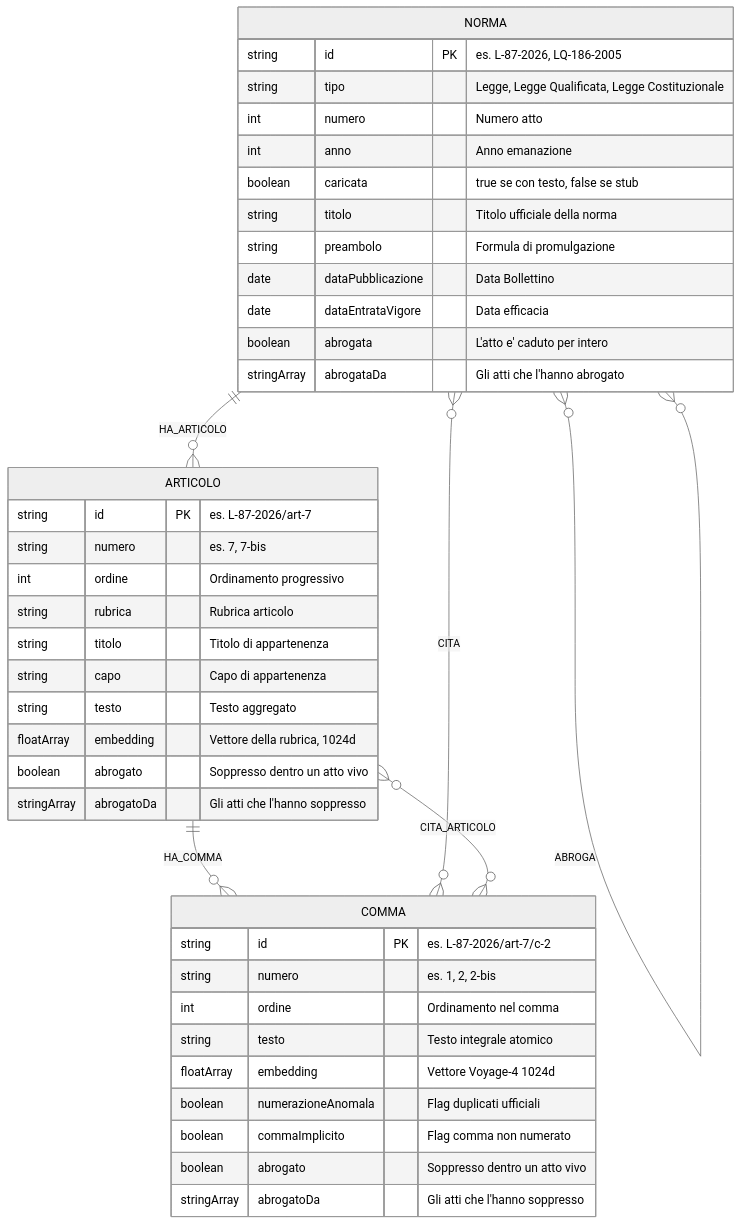
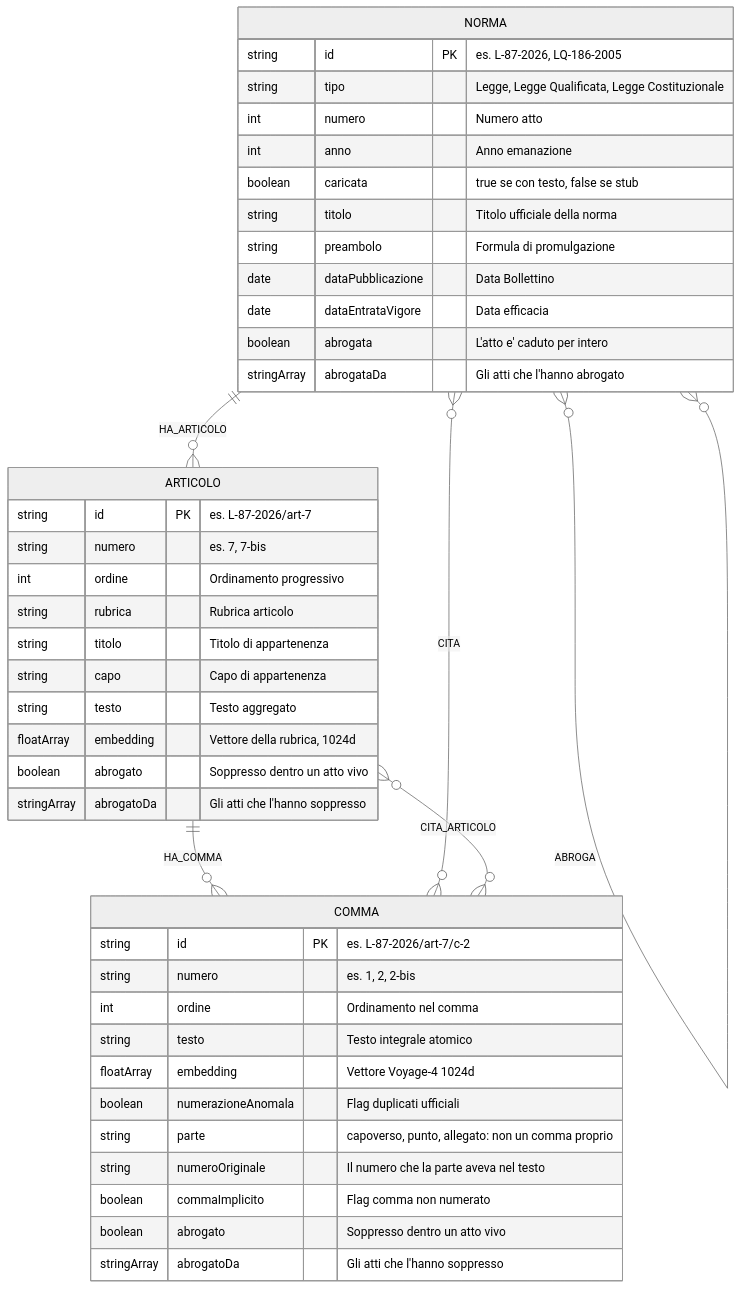
Before and after one commit to simorina/GraphResponsa: the first of 2 diagrams in docs/architettura-knowledge-graph.md, drawn with Mermaid (neutral theme). The commit also changed other lines of this file and 13 other files, not shown here.

````diff
--- a/docs/architettura-knowledge-graph.md
+++ b/docs/architettura-knowledge-graph.md
@@ -23,49 +23,51 @@
 ```mermaid
 erDiagram
     NORMA ||--o{ ARTICOLO : HA_ARTICOLO
     ARTICOLO ||--o{ COMMA : HA_COMMA
     COMMA }o--o{ NORMA : CITA
     COMMA }o--o{ ARTICOLO : CITA_ARTICOLO
     NORMA }o--o{ NORMA : CITA
     NORMA }o--o{ NORMA : ABROGA
 
     NORMA {
         string id PK "es. L-87-2026, LQ-186-2005"
         string tipo "Legge, Legge Qualificata, Legge Costituzionale"
         int numero "Numero atto"
         int anno "Anno emanazione"
         boolean caricata "true se con testo, false se stub"
         string titolo "Titolo ufficiale della norma"
         string preambolo "Formula di promulgazione"
         date dataPubblicazione "Data Bollettino"
         date dataEntrataVigore "Data efficacia"
         boolean abrogata "L'atto e' caduto per intero"
         stringArray abrogataDa "Gli atti che l'hanno abrogato"
     }
 
     ARTICOLO {
         string id PK "es. L-87-2026/art-7"
         string numero "es. 7, 7-bis"
         int ordine "Ordinamento progressivo"
         string rubrica "Rubrica articolo"
         string titolo "Titolo di appartenenza"
         string capo "Capo di appartenenza"
         string testo "Testo aggregato"
         floatArray embedding "Vettore della rubrica, 1024d"
         boolean abrogato "Soppresso dentro un atto vivo"
         stringArray abrogatoDa "Gli atti che l'hanno soppresso"
     }
 
     COMMA {
         string id PK "es. L-87-2026/art-7/c-2"
         string numero "es. 1, 2, 2-bis"
         int ordine "Ordinamento nel comma"
         string testo "Testo integrale atomico"
         floatArray embedding "Vettore Voyage-4 1024d"
         boolean numerazioneAnomala "Flag duplicati ufficiali"
+        string parte "capoverso, punto, allegato: non un comma proprio"
+        string numeroOriginale "Il numero che la parte aveva nel testo"
         boolean commaImplicito "Flag comma non numerato"
         boolean abrogato "Soppresso dentro un atto vivo"
         stringArray abrogatoDa "Gli atti che l'hanno soppresso"
     }
 
 ```
````
